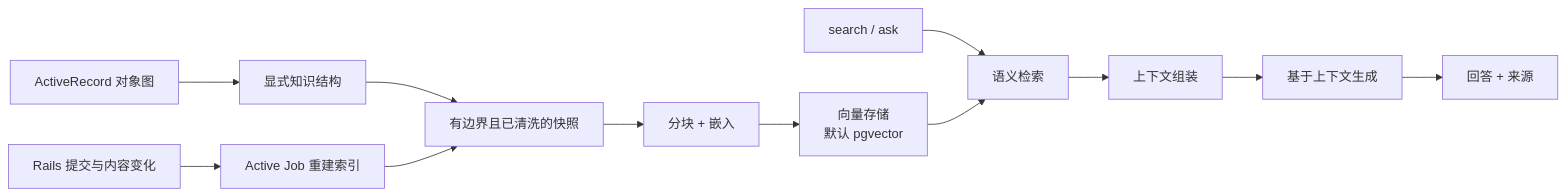
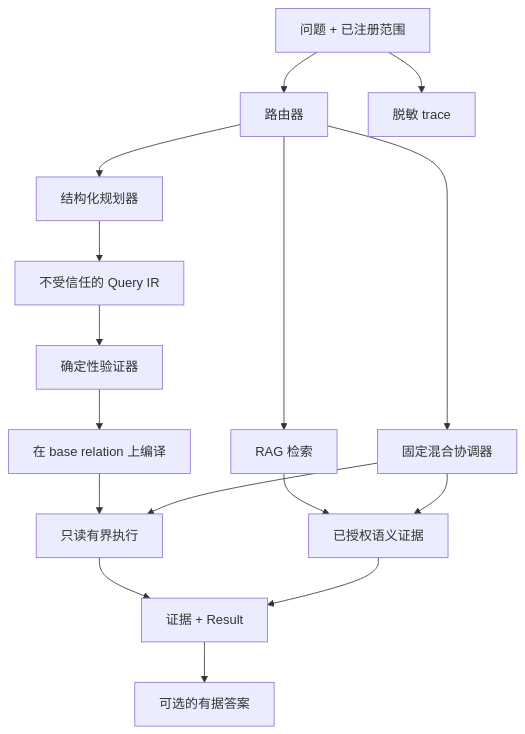
The diagram in README.zh-CN.md (benjis/maglev), drawn with Mermaid before and after one commit. The commit also changed other lines of this file and 114 other files, not shown here.

````diff
--- a/README.zh-CN.md
+++ b/README.zh-CN.md
@@ -187,14 +63,18 @@
 ```mermaid
-flowchart LR
-  A["ActiveRecord 对象图"] --> B["显式知识结构"]
-  B --> C["有边界且已清洗的快照"]
-  C --> D["分块 + 嵌入"]
-  D --> E["向量存储<br/>默认 pgvector"]
-  Q["search / ask"] --> F["语义检索"]
-  E --> F
-  F --> G["上下文组装"]
-  G --> H["基于上下文生成"]
-  H --> I["回答 + 来源"]
-  J["Rails 提交与内容变化"] --> K["Active Job 重建索引"]
-  K --> C
+flowchart TD
+  Q["问题 + 已注册范围"] --> R["路由器"]
+  R --> S["结构化规划器"]
+  R --> G["RAG 检索"]
+  R --> H["固定混合协调器"]
+  S --> I["不受信任的 Query IR"]
+  I --> V["确定性验证器"]
+  V --> C["在 base relation 上编译"]
+  C --> E["只读有界执行"]
+  G --> X["已授权语义证据"]
+  H --> E
+  H --> X
+  E --> O["证据 + Result"]
+  X --> O
+  O --> A["可选的有据答案"]
+  Q --> T["脱敏 trace"]
 ```
````
